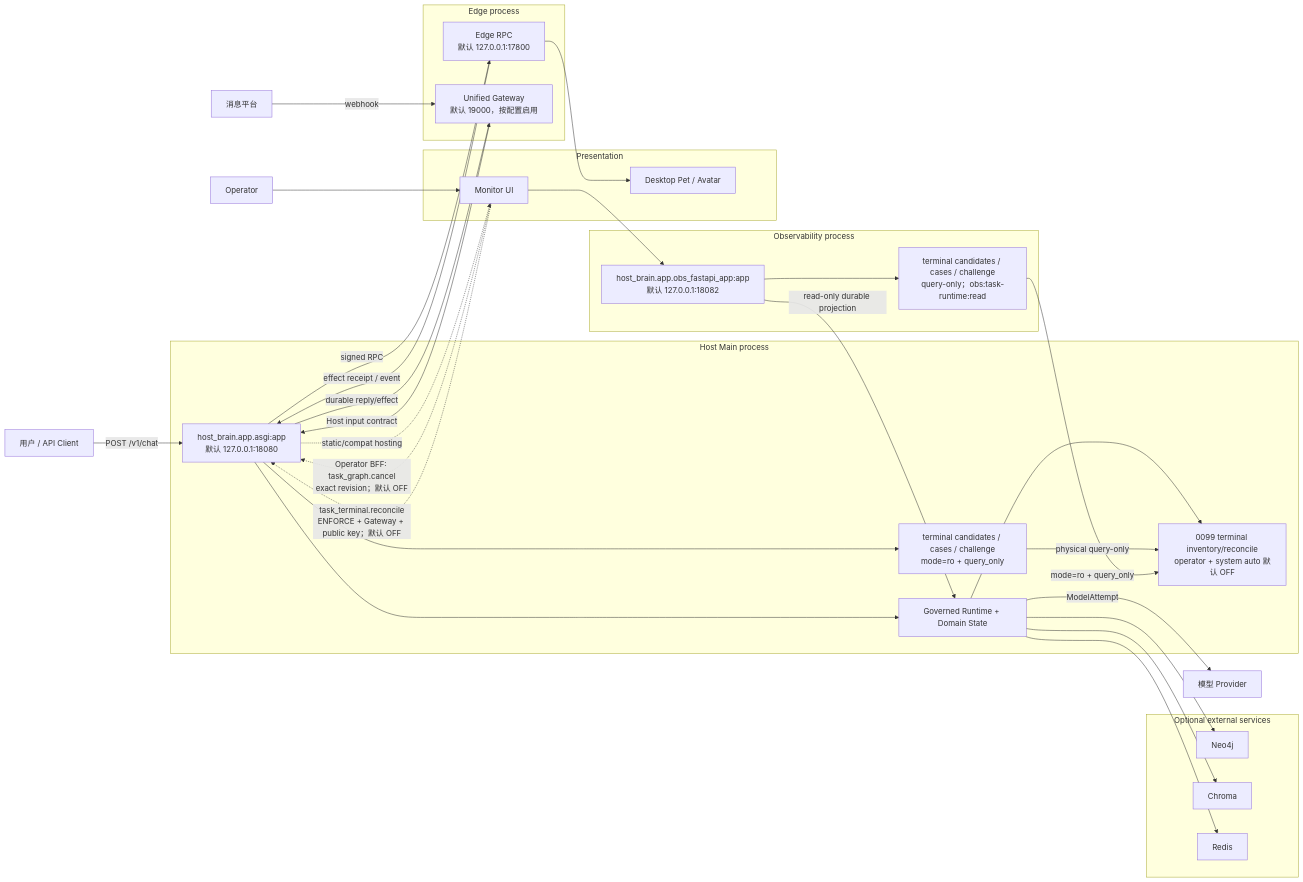
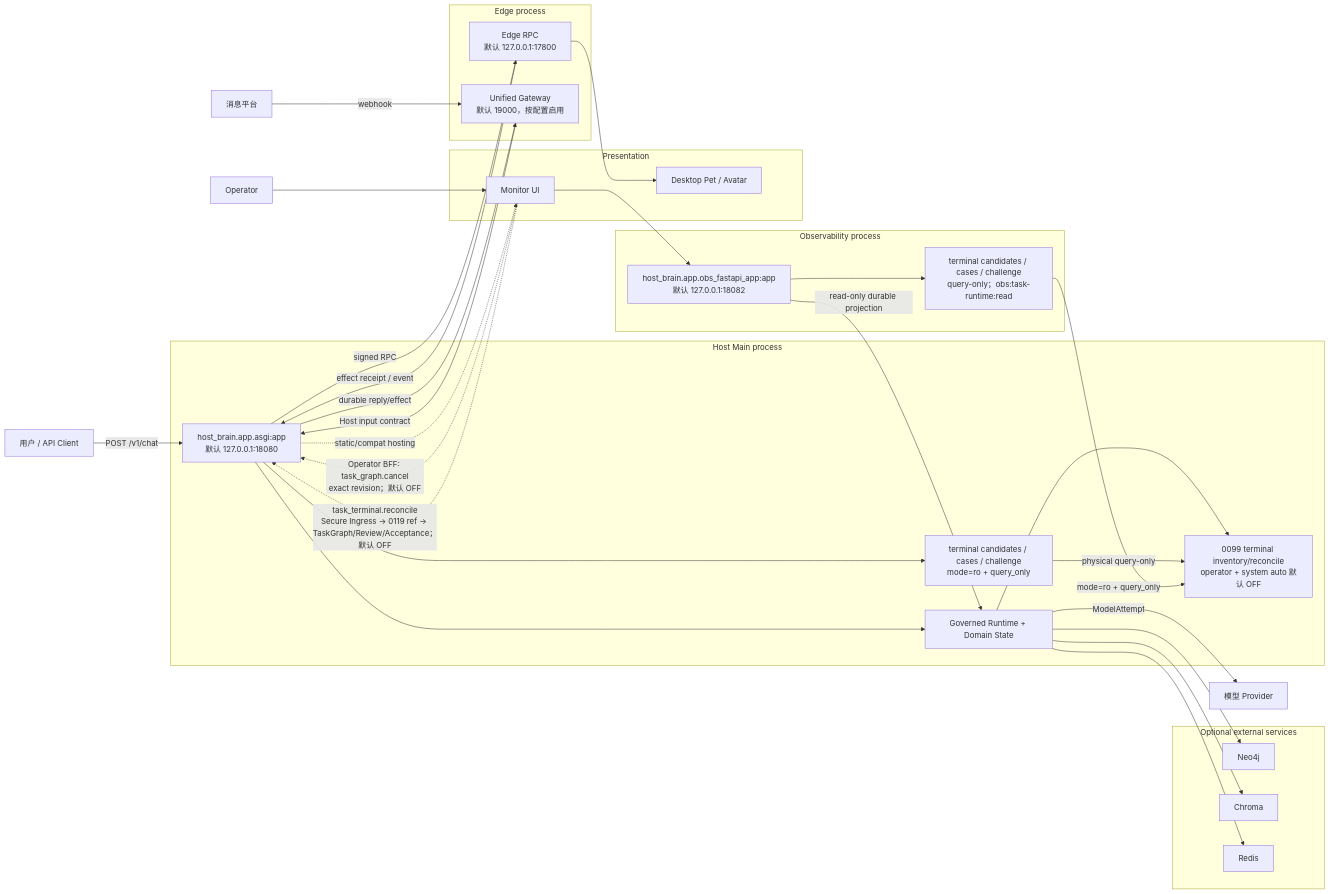
The diagram in docs/50_project/arch/diagrams/01_runtime_topology.md (SakuraYoruno/Natsume_Ai), drawn with Mermaid before and after one commit. The commit also changed 42 other files, not shown here.

Commit message:
重构：终态签名修复进入受治理任务图

````diff
--- a/docs/50_project/arch/diagrams/01_runtime_topology.md
+++ b/docs/50_project/arch/diagrams/01_runtime_topology.md
@@ -11,57 +11,57 @@
 ```mermaid
 flowchart LR
     USER["用户 / API Client"]
     OP["Operator"]
     PLATFORM["消息平台"]
     MODEL["模型 Provider"]
 
     subgraph HostProc["Host Main process"]
         HOST["host_brain.app.asgi:app\n默认 127.0.0.1:18080"]
         DOMAIN["Governed Runtime + Domain State"]
         TERMINAL["0099 terminal inventory/reconcile\noperator + system auto 默认 OFF"]
         HOSTTERMQUERY["terminal candidates / cases / challenge\nmode=ro + query_only"]
         HOST --> DOMAIN --> TERMINAL
         HOST --> HOSTTERMQUERY
     end
 
     subgraph ObsProc["Observability process"]
         OBS["host_brain.app.obs_fastapi_app:app\n默认 127.0.0.1:18082"]
         TERMQUERY["terminal candidates / cases / challenge\nquery-only；obs:task-runtime:read"]
         OBS --> TERMQUERY
     end
 
     subgraph EdgeProc["Edge process"]
         EDGE["Edge RPC\n默认 127.0.0.1:17800"]
         GW["Unified Gateway\n默认 19000，按配置启用"]
     end
 
     subgraph Presentation["Presentation"]
         MON["Monitor UI"]
         PET["Desktop Pet / Avatar"]
     end
 
     subgraph OptionalInfra["Optional external services"]
         NEO["Neo4j"]
         CHR["Chroma"]
         REDIS["Redis"]
     end
 
     USER -->|"POST /v1/chat"| HOST
     PLATFORM -->|"webhook"| GW
     GW -->|"Host input contract"| HOST
     HOST -->|"durable reply/effect"| GW
     HOST -->|"signed RPC"| EDGE
     EDGE -->|"effect receipt / event"| HOST
     DOMAIN -->|"ModelAttempt"| MODEL
     DOMAIN --> NEO
     DOMAIN --> CHR
     DOMAIN --> REDIS
     OBS -->|"read-only durable projection"| DOMAIN
     HOSTTERMQUERY -->|"physical query-only"| TERMINAL
     TERMQUERY -->|"mode=ro + query_only"| TERMINAL
     OP --> MON --> OBS
     MON -.->|"Operator BFF: task_graph.cancel\nexact revision；默认 OFF"| HOST
-    MON -.->|"task_terminal.reconcile\nENFORCE + Gateway + public key；默认 OFF"| HOST
+    MON -.->|"task_terminal.reconcile\nSecure Ingress → 0119 ref → TaskGraph/Review/Acceptance；默认 OFF"| HOST
     EDGE --> PET
     HOST -."static/compat hosting".-> MON
 ```
````
